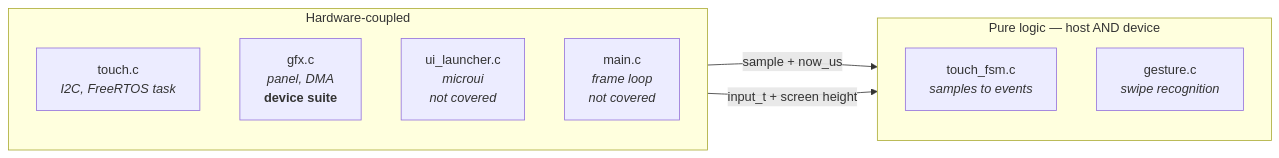
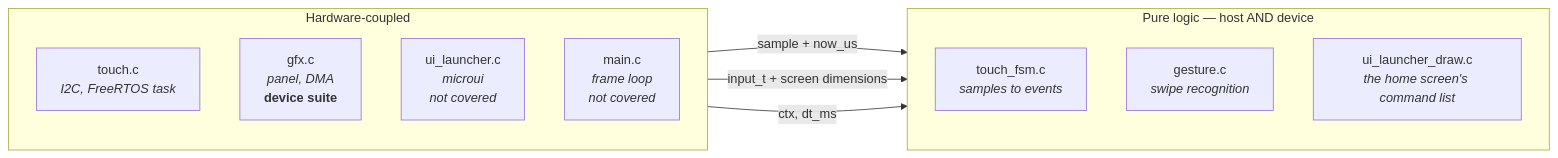
The second of 2 diagrams in docs/Testing-Guide.md (jose-villegas/autana), drawn with Mermaid before and after one commit. The commit also changed other lines of this file and 5 other files, not shown here.

````diff
--- a/docs/Testing-Guide.md
+++ b/docs/Testing-Guide.md
@@ -488,19 +504,21 @@
 ```mermaid
 flowchart LR
     subgraph hw["Hardware-coupled"]
         direction TB
         HW1["touch.c<br/><i>I2C, FreeRTOS task</i>"]
         HW2["gfx.c<br/><i>panel, DMA</i><br/><b>device suite</b>"]
         HW3["ui_launcher.c<br/><i>microui</i><br/><i>not covered</i>"]
         HW4["main.c<br/><i>frame loop</i><br/><i>not covered</i>"]
     end
 
     subgraph pure["Pure logic — host AND device"]
         direction TB
         P1["touch_fsm.c<br/><i>samples to events</i>"]
         P2["gesture.c<br/><i>swipe recognition</i>"]
+        P3["ui_launcher_draw.c<br/><i>the home screen's command list</i>"]
     end
 
     HW1 -->|"sample + now_us"| P1
-    HW4 -->|"input_t + screen height"| P2
+    HW4 -->|"input_t + screen dimensions"| P2
+    HW3 -->|"ctx, dt_ms"| P3
 ```
````
